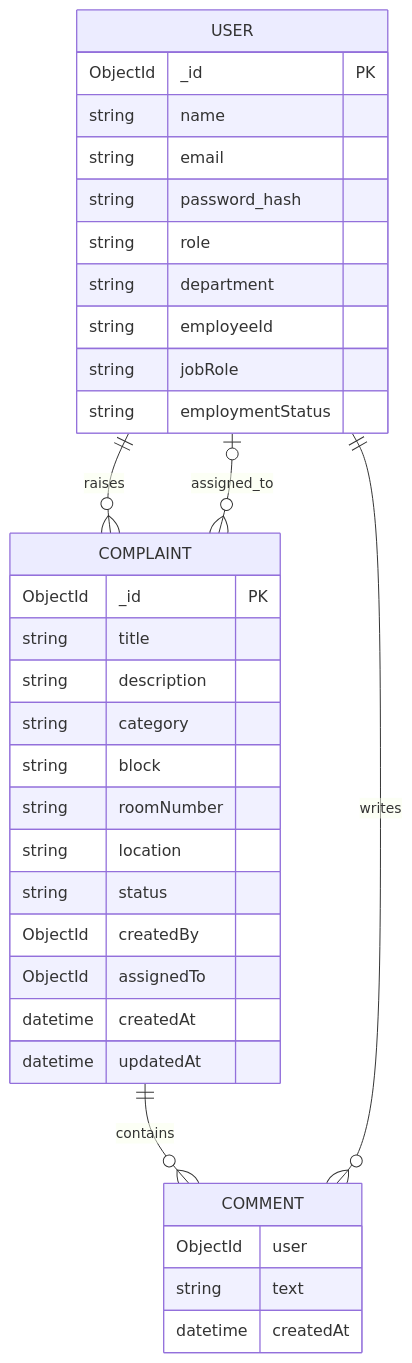
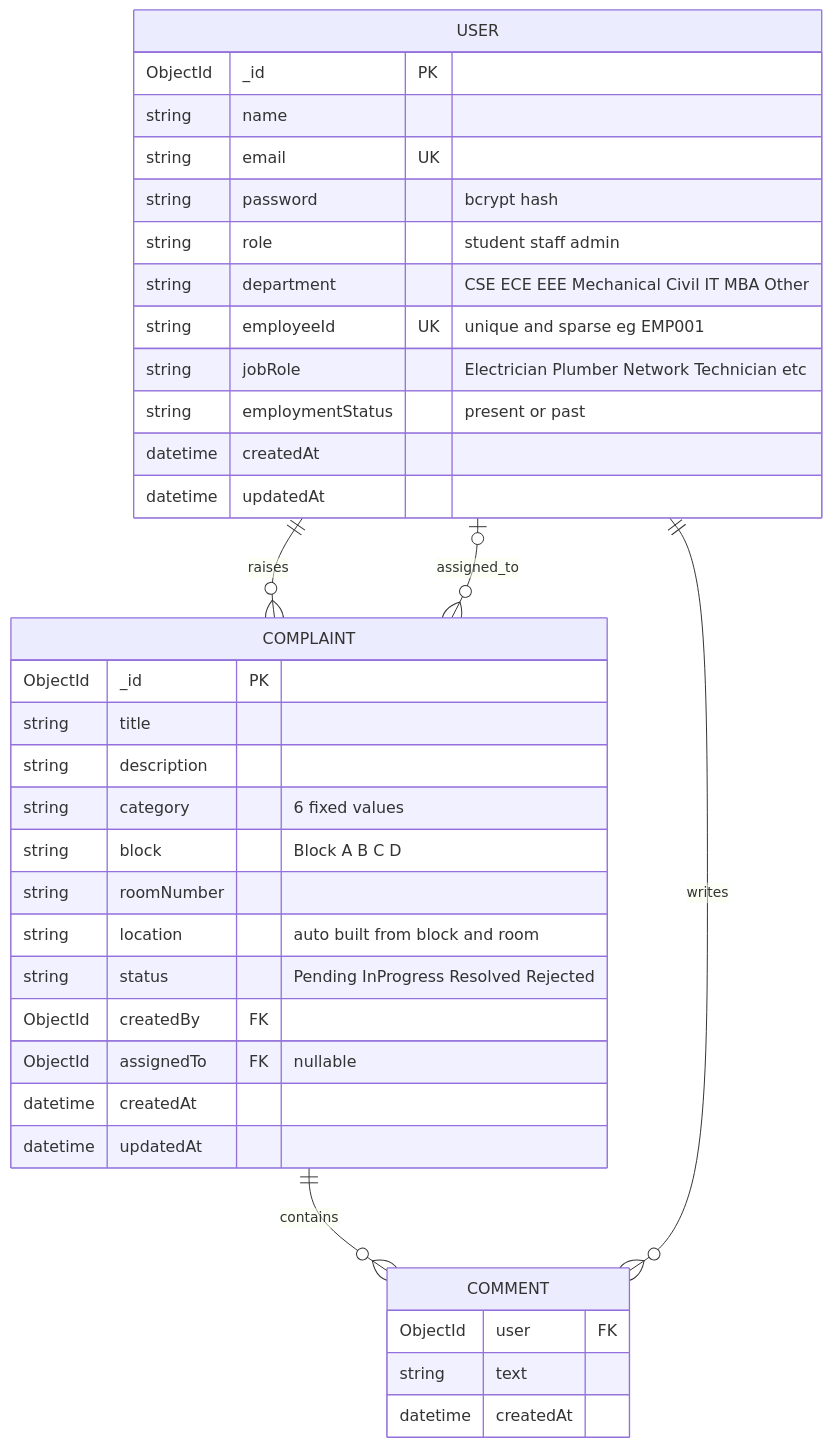
The fifth of 5 diagrams in Architecture&FlowDiagram.md (drajj-0011/Smart-campus-maintenance-system01), drawn with Mermaid before and after one commit. The commit also changed other lines of this file, not shown here.

````diff
--- a/Architecture&FlowDiagram.md
+++ b/Architecture&FlowDiagram.md
@@ -175,40 +189,42 @@
 ```mermaid
 erDiagram
     USER {
         ObjectId _id PK
         string name
-        string email
-        string password_hash
-        string role
-        string department
-        string employeeId
-        string jobRole
-        string employmentStatus
+        string email UK
+        string password "bcrypt hash"
+        string role "student staff admin"
+        string department "CSE ECE EEE Mechanical Civil IT MBA Other"
+        string employeeId UK "unique and sparse eg EMP001"
+        string jobRole "Electrician Plumber Network Technician etc"
+        string employmentStatus "present or past"
+        datetime createdAt
+        datetime updatedAt
     }
 
     COMPLAINT {
         ObjectId _id PK
         string title
         string description
-        string category
-        string block
+        string category "6 fixed values"
+        string block "Block A B C D"
         string roomNumber
-        string location
-        string status
-        ObjectId createdBy
-        ObjectId assignedTo
+        string location "auto built from block and room"
+        string status "Pending InProgress Resolved Rejected"
+        ObjectId createdBy FK
+        ObjectId assignedTo FK "nullable"
         datetime createdAt
         datetime updatedAt
     }
 
     COMMENT {
-        ObjectId user
+        ObjectId user FK
         string text
         datetime createdAt
     }
 
     USER ||--o{ COMPLAINT : raises
     USER |o--o{ COMPLAINT : assigned_to
     COMPLAINT ||--o{ COMMENT : contains
     USER ||--o{ COMMENT : writes
 ```
````
